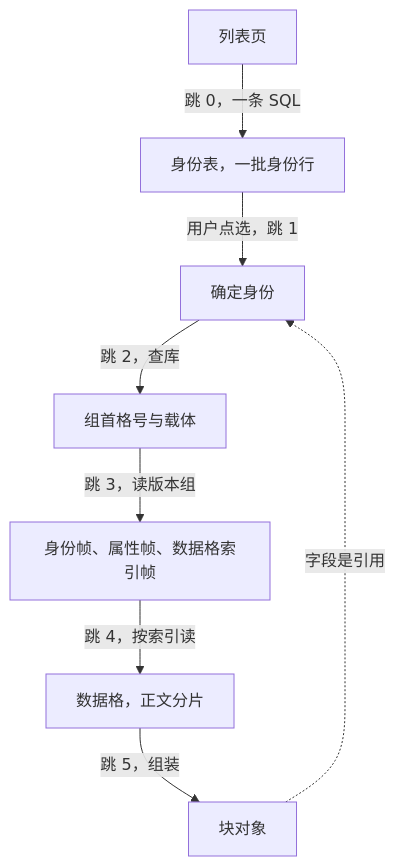
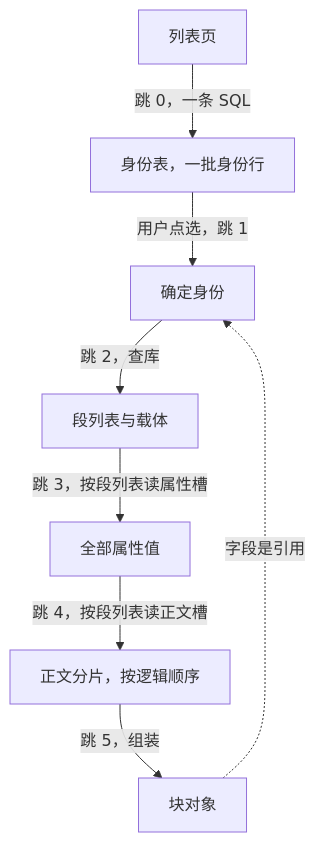
Before and after one commit to HanYang06/Cairn: the diagram in docs/architecture/py_core/storage/query-path.md, drawn with Mermaid. The commit also changed other lines of this file and 20 other files, not shown here.

````diff
--- a/docs/architecture/py_core/storage/query-path.md
+++ b/docs/architecture/py_core/storage/query-path.md
@@ -24,10 +23,10 @@
 ```mermaid
 flowchart TB
   U["列表页"] -->|跳 0，一条 SQL| DB["身份表，一批身份行"]
   DB -->|用户点选，跳 1| ID["确定身份"]
-  ID -->|跳 2，查库| LOC["组首格号与载体"]
-  LOC -->|跳 3，读版本组| INFO["身份帧、属性帧、数据格索引帧"]
-  INFO -->|跳 4，按索引读| BODY["数据格，正文分片"]
+  ID -->|跳 2，查库| LOC["段列表与载体"]
+  LOC -->|跳 3，按段列表读属性槽| ATTR["全部属性值"]
+  ATTR -->|跳 4，按段列表读正文槽| BODY["正文分片，按逻辑顺序"]
   BODY -->|跳 5，组装| OBJ["块对象"]
   OBJ -.->|字段是引用| ID
 ```
````
